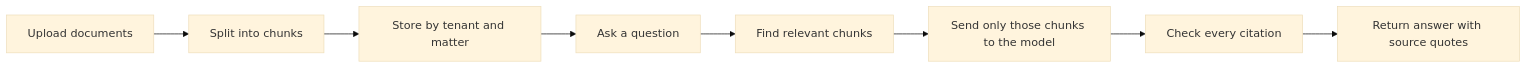
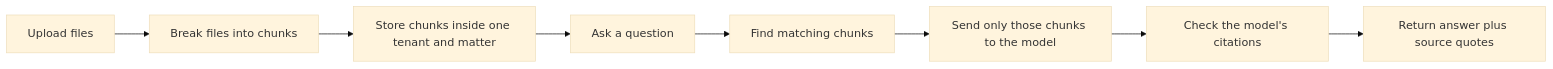
The first of 4 diagrams in README.md (sgaabdu4/cite-or-die), drawn with Mermaid (base theme) before and after one commit. The commit also changed other lines of this file and 15 other files, not shown here.

````diff
--- a/README.md
+++ b/README.md
@@ -19,10 +74,10 @@
 ```mermaid
 flowchart LR
-  A[Upload documents] --> B[Split into chunks]
-  B --> C[Store by tenant and matter]
+  A[Upload files] --> B[Break files into chunks]
+  B --> C[Store chunks inside one tenant and matter]
   C --> D[Ask a question]
-  D --> E[Find relevant chunks]
+  D --> E[Find matching chunks]
   E --> F[Send only those chunks to the model]
-  F --> G[Check every citation]
-  G --> H[Return answer with source quotes]
+  F --> G[Check the model's citations]
+  G --> H[Return answer plus source quotes]
 ```
````
